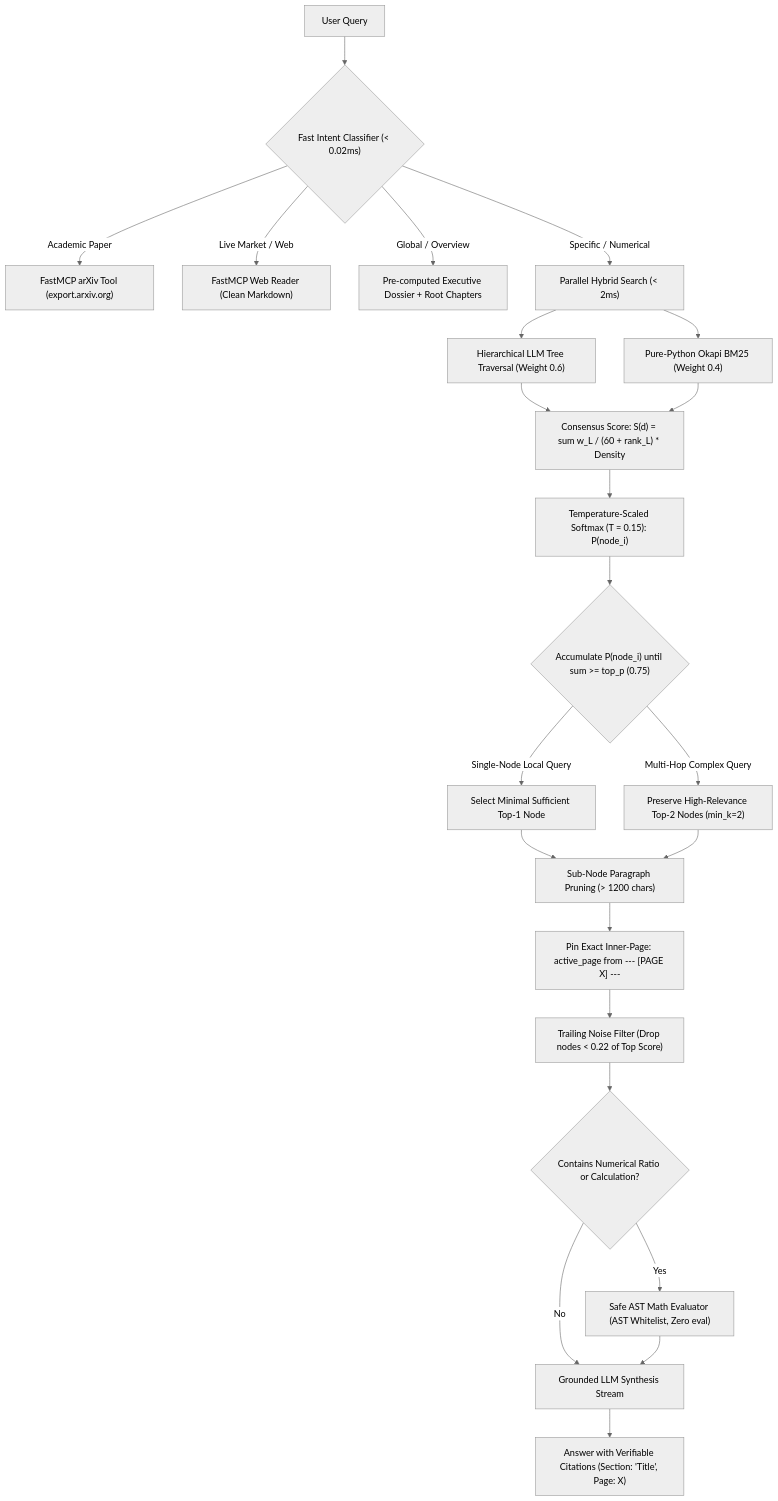
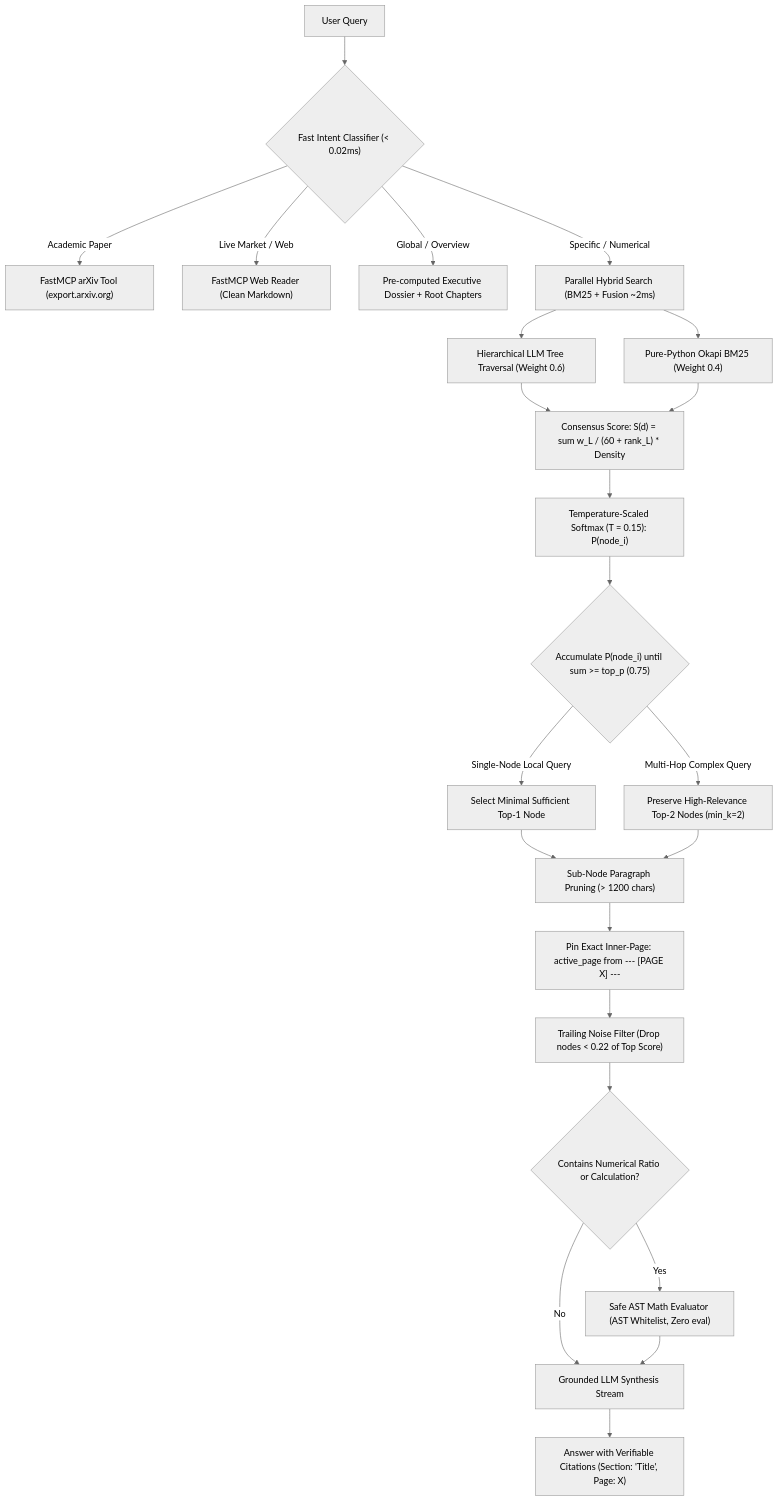
The second of 3 diagrams in README.md (amerelfalwo/pageindex_RAG), drawn with Mermaid (neutral theme) before and after one commit. The commit also changed other lines of this file, not shown here.

````diff
--- a/README.md
+++ b/README.md
@@ -152,30 +152,30 @@
 ```mermaid
 flowchart TD
     Q["User Query"] --> Clf{"Fast Intent Classifier (< 0.02ms)"}
 
     Clf -->|"Academic Paper"| MCP_Arxiv["FastMCP arXiv Tool (export.arxiv.org)"]
     Clf -->|"Live Market / Web"| MCP_Web["FastMCP Web Reader (Clean Markdown)"]
     Clf -->|"Global / Overview"| Dossier["Pre-computed Executive Dossier + Root Chapters"]
-    Clf -->|"Specific / Numerical"| Hybrid["Parallel Hybrid Search (< 2ms)"]
+    Clf -->|"Specific / Numerical"| Hybrid["Parallel Hybrid Search (BM25 + Fusion ~2ms)"]
 
     Hybrid --> Tree["Hierarchical LLM Tree Traversal (Weight 0.6)"]
     Hybrid --> BM25["Pure-Python Okapi BM25 (Weight 0.4)"]
 
     Tree & BM25 --> Consensus["Consensus Score: S(d) = sum w_L / (60 + rank_L) * Density"]
     Consensus --> Softmax["Temperature-Scaled Softmax (T = 0.15): P(node_i)"]
     Softmax --> Nucleus{"Accumulate P(node_i) until sum >= top_p (0.75)"}
 
     Nucleus -->|Single-Node Local Query| Top1["Select Minimal Sufficient Top-1 Node"]
     Nucleus -->|Multi-Hop Complex Query| Top2["Preserve High-Relevance Top-2 Nodes (min_k=2)"]
 
     Top1 & Top2 --> Prune["Sub-Node Paragraph Pruning (> 1200 chars)"]
     Prune --> PagePin["Pin Exact Inner-Page: active_page from --- [PAGE X] ---"]
     PagePin --> PostFilter["Trailing Noise Filter (Drop nodes < 0.22 of Top Score)"]
 
     PostFilter --> MathCheck{"Contains Numerical Ratio or Calculation?"}
     MathCheck -->|"Yes"| ASTMath["Safe AST Math Evaluator (AST Whitelist, Zero eval)"]
     MathCheck -->|"No"| Synthesis["Grounded LLM Synthesis Stream"]
     ASTMath --> Synthesis
 
     Synthesis --> Output["Answer with Verifiable Citations (Section: 'Title', Page: X)"]
 ```
````
